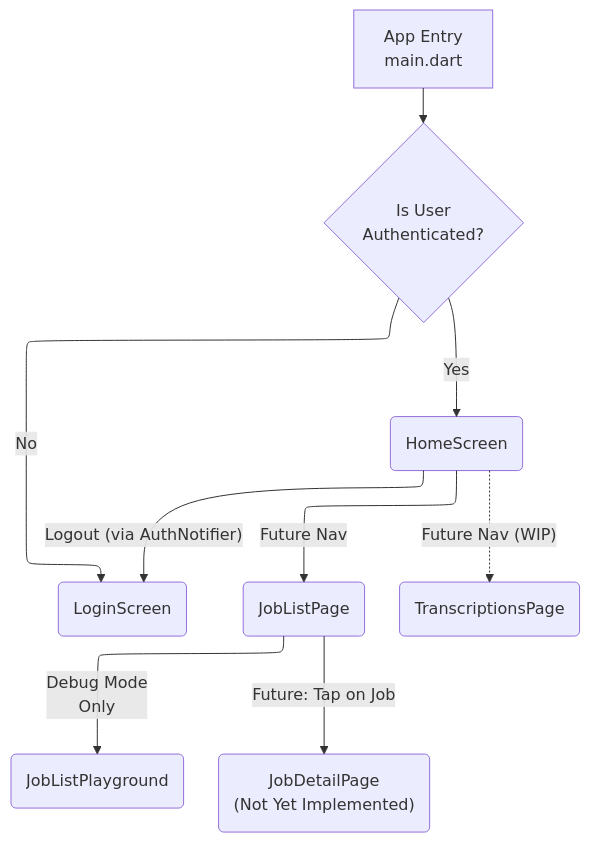
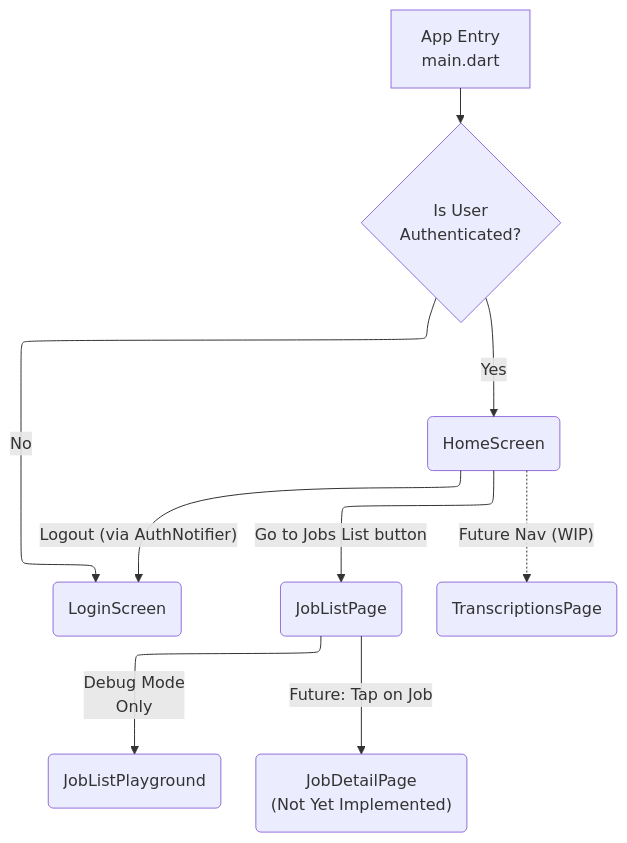
The first of 2 diagrams in docs/current/ui-screens-overview.md (MediScribe/docjet-mobile), drawn with Mermaid before and after one commit. The commit also changed other lines of this file and 2 other files, not shown here.

First line of the commit message:
Implement HomeScreen navigation to JobListPage

````diff
--- a/docs/current/ui-screens-overview.md
+++ b/docs/current/ui-screens-overview.md
@@ -7,21 +7,21 @@
 ```mermaid
 %%{init: {'flowchart': {'defaultRenderer': 'elk'}}}%%
 graph TD
     %% Main App Entry Point
     MainApp[App Entry<br>main.dart] --> AuthCheck{Is User<br>Authenticated?}
     
     %% Authentication Flow
     AuthCheck -->|No| LoginScreen(LoginScreen)
     AuthCheck -->|Yes| HomeScreen(HomeScreen)
     
     %% Normal Navigation Paths
     HomeScreen -->|"Logout (via AuthNotifier)"| LoginScreen
-    HomeScreen -->|Future Nav| JobListPage(JobListPage)
+    HomeScreen -->|"Go to Jobs List button"| JobListPage(JobListPage)
     
     %% Jobs Feature Navigation
     JobListPage -->|"Debug Mode<br>Only"| JobListPlayground(JobListPlayground)
     JobListPage -->|"Future: Tap on Job"| JobDetailPage("JobDetailPage<br>(Not Yet Implemented)")
     
     %% Planned Future Navigation (WIP)
     HomeScreen -.->|"Future Nav (WIP)"| TranscriptionsPage(TranscriptionsPage)
 ```
````
